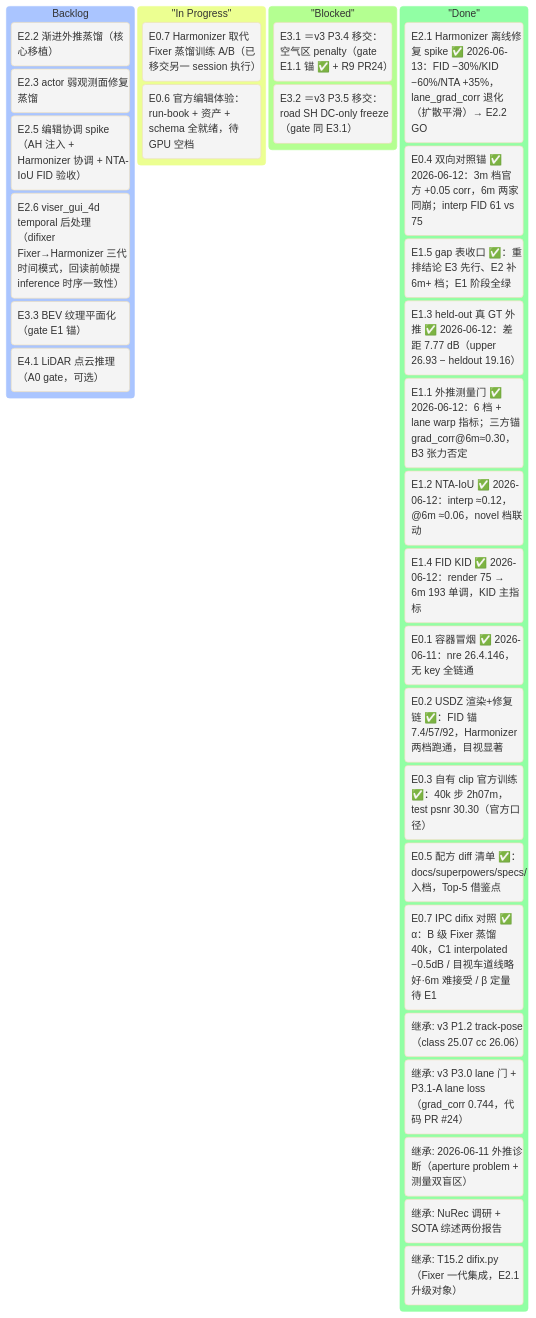
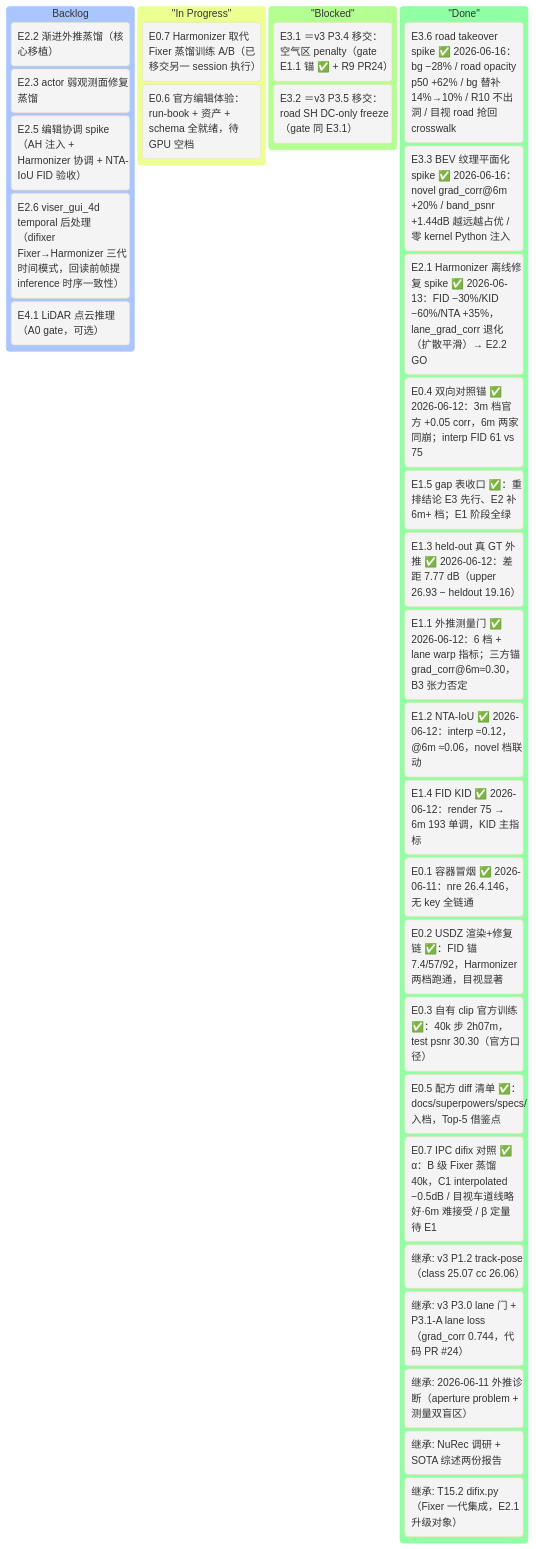
One commit to etendue/3dgrut changed the first of 2 diagrams in v4_plan.md. Above: the diagram before and after it, drawn with Mermaid. The commit also changed other lines of this file and 1 other file, not shown here.

First line of the commit message:
docs(plan): mark E3.6+E3.3 spike done + docs(arch): register bev_texture/takeover

````diff
--- a/v4_plan.md
+++ b/v4_plan.md
@@ -67,38 +67,39 @@
 ```mermaid
 %%{init: {'theme':'base'}}%%
 kanban
     Backlog
         [E2.2 渐进外推蒸馏（核心移植）]
         [E2.3 actor 弱观测面修复蒸馏]
         [E2.5 编辑协调 spike（AH 注入 + Harmonizer 协调 + NTA-IoU FID 验收）]
         [E2.6 viser_gui_4d temporal 后处理（difixer Fixer→Harmonizer 三代时间模式，回读前帧提 inference 时序一致性）]
-        [E3.3 BEV 纹理平面化（gate E1 锚）]
         [E4.1 LiDAR 点云推理（A0 gate，可选）]
 
     "In Progress"
         [E0.7 Harmonizer 取代 Fixer 蒸馏训练 A/B（已移交另一 session 执行）]
         [E0.6 官方编辑体验：run-book + 资产 + schema 全就绪，待 GPU 空档]
 
     "Blocked"
         [E3.1 ＝v3 P3.4 移交：空气区 penalty（gate E1.1 锚 ✅ + R9 PR24）]
         [E3.2 ＝v3 P3.5 移交：road SH DC-only freeze（gate 同 E3.1）]
 
     "Done"
+        [E3.6 road takeover spike ✅ 2026-06-16：bg −28% / road opacity p50 +62% / bg 替补 14%→10% / R10 不出洞 / 目视 road 抢回 crosswalk]
+        [E3.3 BEV 纹理平面化 spike ✅ 2026-06-16：novel grad_corr@6m +20% / band_psnr +1.44dB 越远越占优 / 零 kernel Python 注入]
         [E2.1 Harmonizer 离线修复 spike ✅ 2026-06-13：FID −30%/KID −60%/NTA +35%，lane_grad_corr 退化（扩散平滑）→ E2.2 GO]
         [E0.4 双向对照锚 ✅ 2026-06-12：3m 档官方 +0.05 corr，6m 两家同崩；interp FID 61 vs 75]
         [E1.5 gap 表收口 ✅：重排结论 E3 先行、E2 补 6m+ 档；E1 阶段全绿]
         [E1.3 held-out 真 GT 外推 ✅ 2026-06-12：差距 7.77 dB（upper 26.93 − heldout 19.16）]
         [E1.1 外推测量门 ✅ 2026-06-12：6 档 + lane warp 指标；三方锚 grad_corr@6m≈0.30，B3 张力否定]
         [E1.2 NTA-IoU ✅ 2026-06-12：interp ≈0.12，@6m ≈0.06，novel 档联动]
         [E1.4 FID KID ✅ 2026-06-12：render 75 → 6m 193 单调，KID 主指标]
         [E0.1 容器冒烟 ✅ 2026-06-11：nre 26.4.146，无 key 全链通]
         [E0.2 USDZ 渲染+修复链 ✅：FID 锚 7.4/57/92，Harmonizer 两档跑通，目视显著]
         [E0.3 自有 clip 官方训练 ✅：40k 步 2h07m，test psnr 30.30（官方口径）]
         [E0.5 配方 diff 清单 ✅：docs/superpowers/specs/ 入档，Top-5 借鉴点]
         [E0.7 IPC difix 对照 ✅ α：B 级 Fixer 蒸馏 40k，C1 interpolated −0.5dB / 目视车道线略好·6m 难接受 / β 定量待 E1]
         [继承: v3 P1.2 track-pose（class 25.07 cc 26.06）]
         [继承: v3 P3.0 lane 门 + P3.1-A lane loss（grad_corr 0.744，代码 PR #24）]
         [继承: 2026-06-11 外推诊断（aperture problem + 测量双盲区）]
         [继承: NuRec 调研 + SOTA 综述两份报告]
         [继承: T15.2 difix.py（Fixer 一代集成，E2.1 升级对象）]
 ```
````
